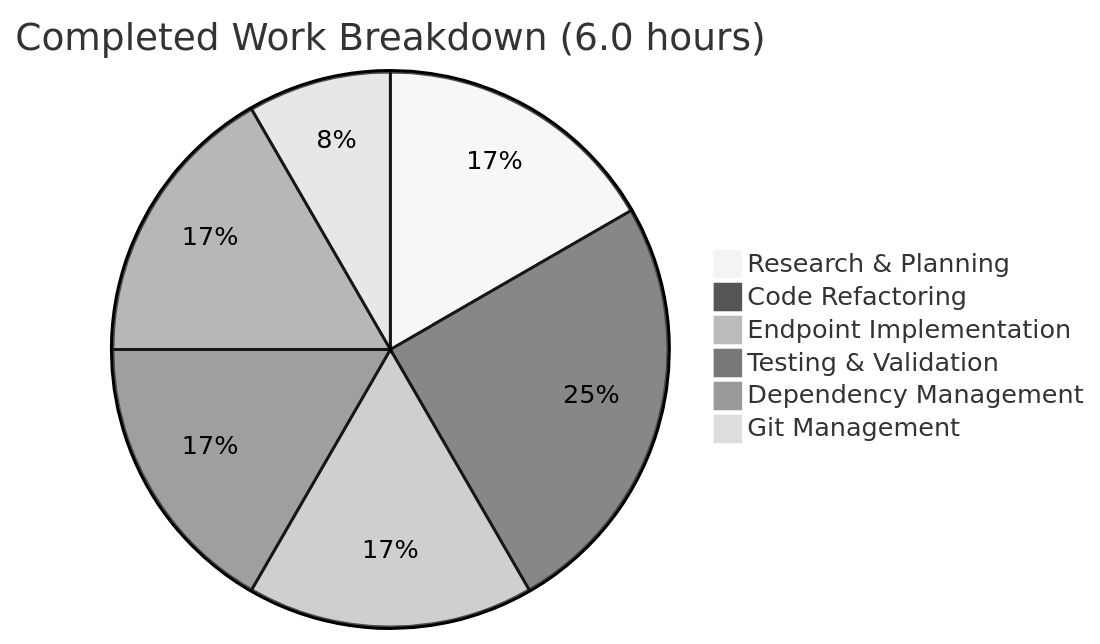
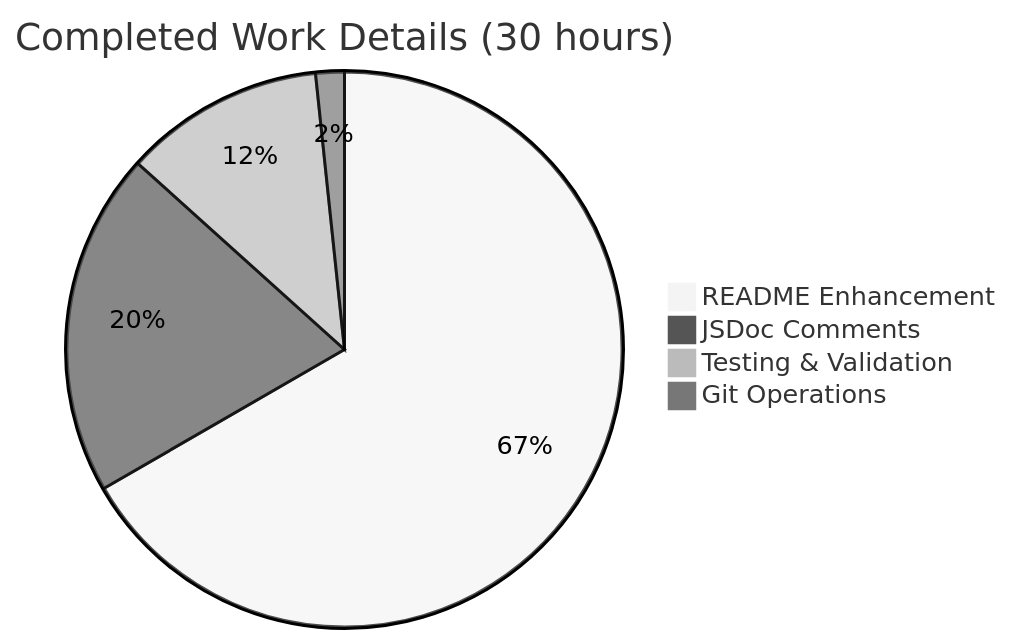
One commit to lakshya-blitzy/hello_world_lakshya_github changed the second of 3 diagrams in blitzy/documentation/Project Guide.md. Above: the diagram before and after it, drawn with Mermaid (neutral theme). The commit also changed other lines of this file, not shown here.

````diff
--- a/blitzy/documentation/Project Guide.md
+++ b/blitzy/documentation/Project Guide.md
@@ -334,9 +154,7 @@
 ```mermaid
-pie title Completed Work Breakdown (6.0 hours)
-    "Research & Planning" : 1.0
-    "Code Refactoring" : 1.5
-    "Endpoint Implementation" : 1.0
-    "Testing & Validation" : 1.0
-    "Dependency Management" : 1.0
-    "Git Management" : 0.5
+pie title Completed Work Details (30 hours)
+    "README Enhancement" : 20.0
+    "JSDoc Comments" : 6.0
+    "Testing & Validation" : 3.5
+    "Git Operations" : 0.5
 ```
````
